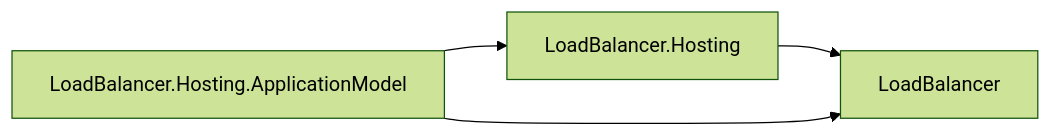
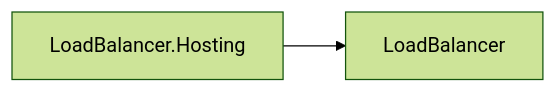
One commit to assimalign/cohesion changed diagram 18 of 27 in docs/DEPENDENCIES.md. Above: the diagram before and after it, drawn with Mermaid (forest theme). The commit also changed other lines of this file and 144 other files, not shown here.

First line of the commit message:
feat(fabric): add the fabric/ root with base application-model contracts

````diff
--- a/docs/DEPENDENCIES.md
+++ b/docs/DEPENDENCIES.md
@@ -786,9 +807,6 @@
 ```mermaid
 flowchart LR
     N0["LoadBalancer"]
     N1["LoadBalancer.Hosting"]
-    N2["LoadBalancer.Hosting.ApplicationModel"]
     N1 --> N0
-    N2 --> N0
-    N2 --> N1
 ```
````
